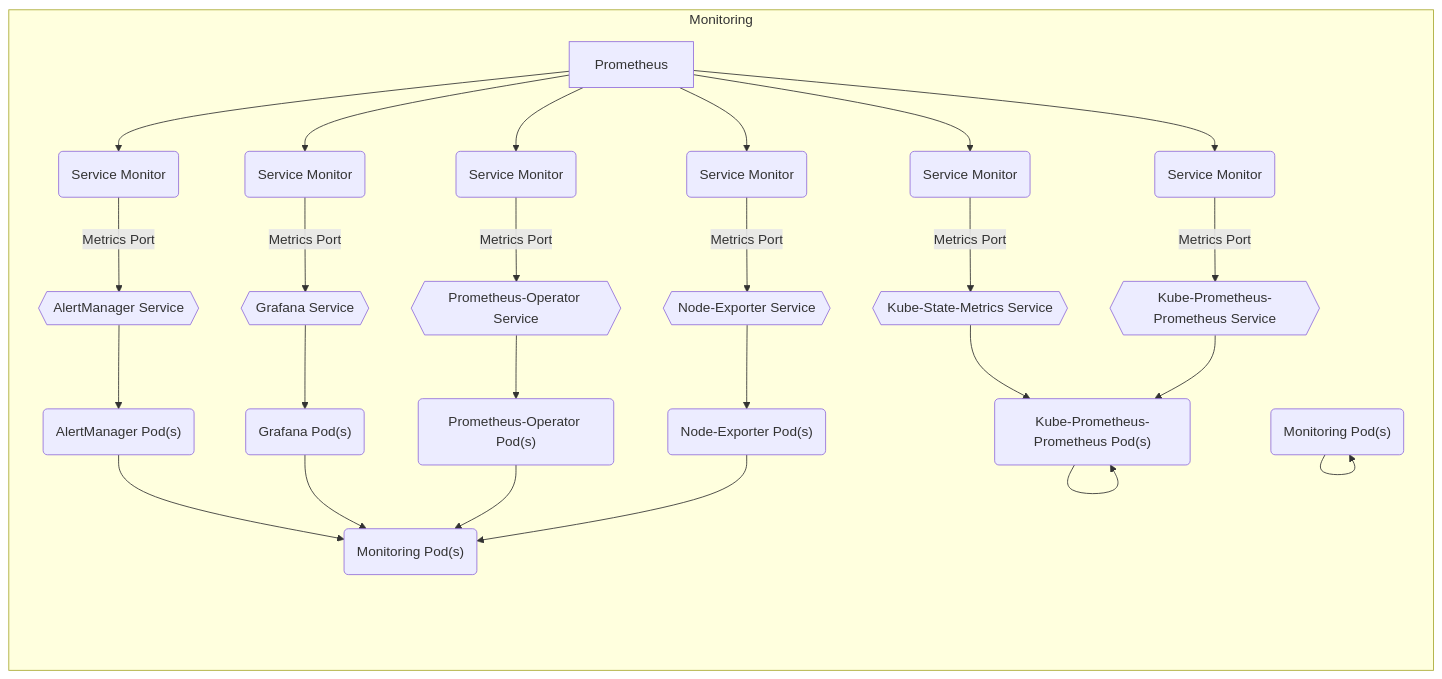
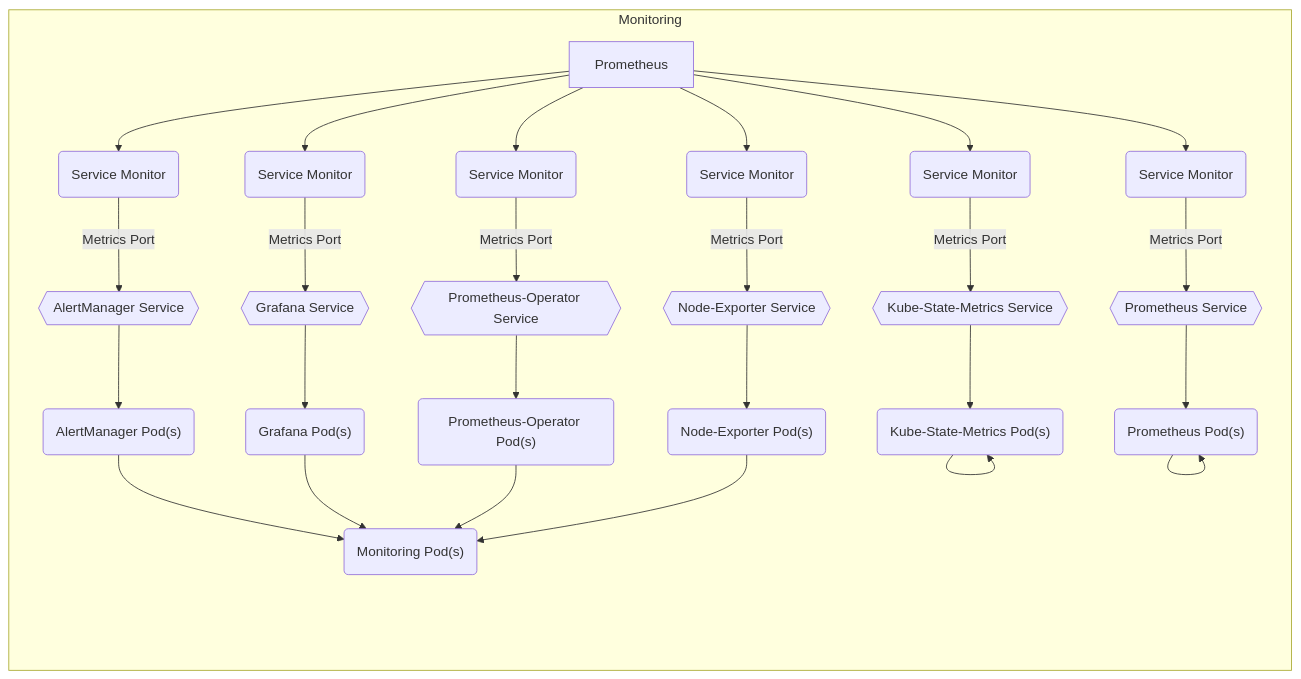
The diagram in charter/packages/monitoring/Architecture.md (sbko/bigbang), drawn with Mermaid before and after one commit.

Commit message:
monitoring architecture

````diff
--- a/charter/packages/monitoring/Architecture.md
+++ b/charter/packages/monitoring/Architecture.md
@@ -12,32 +12,32 @@
  ```mermaid
 graph LR
   subgraph "Monitoring"
     alertmanagerpods("AlertManager Pod(s)") --> monitoringpods("Monitoring Pod(s)")
     alertmanagerservice{{AlertManager Service}} --> alertmanagerpods("AlertManager Pod(s)")
     alertmanagersvcmonitor("Service Monitor") --"Metrics Port"--> alertmanagerservice
     Prometheus --> alertmanagersvcmonitor("Service Monitor")
     grafanapods("Grafana Pod(s)") --> monitoringpods("Monitoring Pod(s)")
     grafanaservice{{Grafana Service}} --> grafanapods("Grafana Pod(s)")
     grafanasvcmonitor("Service Monitor") --"Metrics Port"--> grafanaservice
     Prometheus --> grafanasvcmonitor("Service Monitor")
     prometheusoperatorpods("Prometheus-Operator Pod(s)") --> monitoringpods("Monitoring Pod(s)")
     prometheusoperatorservice{{Prometheus-Operator Service}} -->  prometheusoperatorpods("Prometheus-Operator Pod(s)")
     prometheusoperatorsvcmonitor("Service Monitor") --"Metrics Port"--> prometheusoperatorservice
     Prometheus --> prometheusoperatorsvcmonitor("Service Monitor")
     nodeexporterpods("Node-Exporter Pod(s)") --> monitoringpods("Monitoring Pod(s)")
     nodeexporterservice{{Node-Exporter Service}} -->  nodeexporterpods("Node-Exporter Pod(s)")
     nodeexportersvcmonitor("Service Monitor") --"Metrics Port"-->  nodeexporterservice
     Prometheus --> nodeexportersvcmonitor("Service Monitor")
     kubestatemetricspods("Kube-State-Metrics Pod(s)") --> kubestatemetricspods("Monitoring Pod(s)")
     kubestatemetricsservice{{Kube-State-Metrics Service}} --> kubestatemetricspods("Kube-State-Metrics Pod(s)")
     kubestatemetricssvcmonitor("Service Monitor") --"Metrics Port"-->  kubestatemetricsservice
     Prometheus --> kubestatemetricssvcmonitor("Service Monitor")
-    kubeprometheusprometheuspods("Kube-Prometheus-Prometheus Pod(s)") --> kubeprometheusprometheuspods("Monitoring Pod(s)")
-    kubeprometheusprometheusservice{{Kube-Prometheus-Prometheus Service}} --> kubestatemetricspods("Kube-Prometheus-Prometheus Pod(s)")
-    kubeprometheusprometheussvcmonitor("Service Monitor") --"Metrics Port"-->  kubeprometheusprometheusservice
-    Prometheus --> kubeprometheusprometheussvcmonitor("Service Monitor")
+    prometheuspods("Prometheus Pod(s)") --> prometheuspods("Monitoring Pod(s)")
+    prometheusservice{{Prometheus Service}} --> prometheuspods("Prometheus Pod(s)")
+    prometheussvcmonitor("Service Monitor") --"Metrics Port"-->  prometheusservice
+    Prometheus --> prometheussvcmonitor("Service Monitor")
 
     
   end
   
 ```   
````
